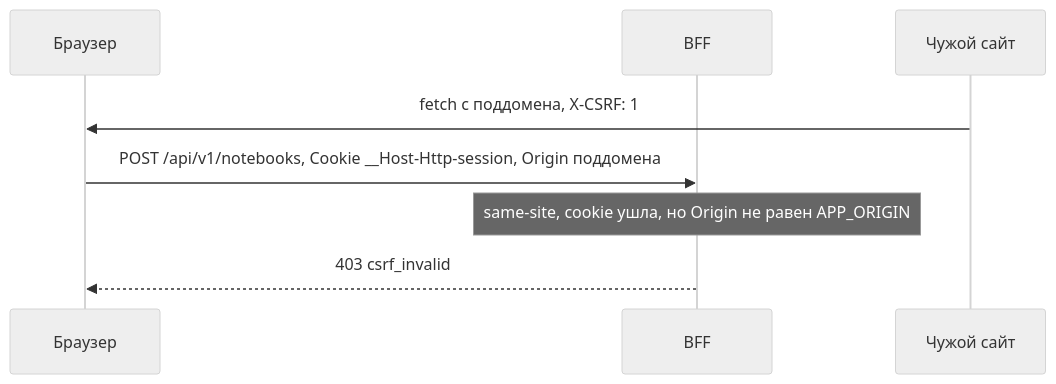
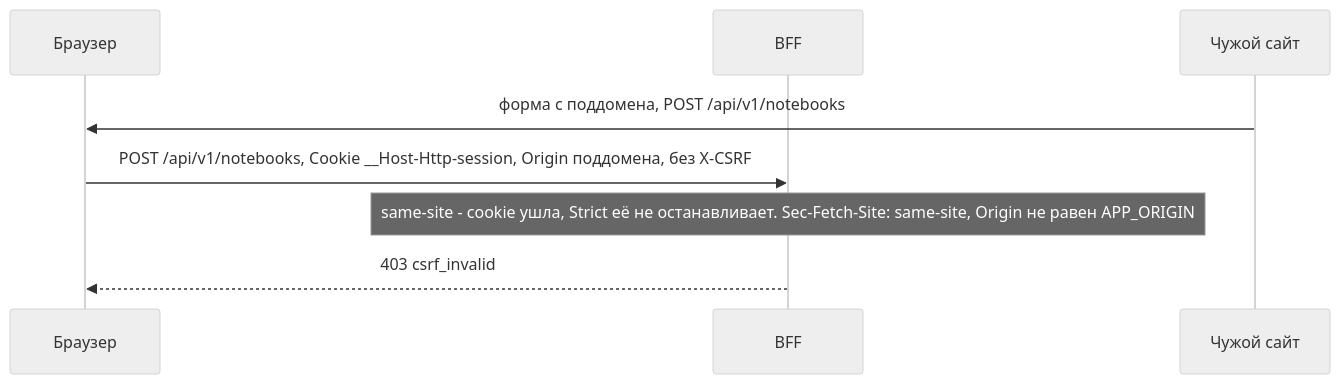
The eighth of 10 diagrams in site/bff/auth.md (Cringe-Driven-Development-Team/docs), drawn with Mermaid (neutral theme) before and after one commit. The commit also changed other lines of this file, not shown here.

Commit message:
fix(site): BFF — сценарий поддомена и порядок проверок

````diff
--- a/site/bff/auth.md
+++ b/site/bff/auth.md
@@ -274,10 +279,10 @@
 ```mermaid
 sequenceDiagram
   participant B as Браузер
   participant P as BFF
   participant E as Чужой сайт
-  E->>B: fetch с поддомена, X-CSRF: 1
-  B->>P: POST /api/v1/notebooks, Cookie __Host-Http-session, Origin поддомена
-  Note over P: same-site, cookie ушла, но Origin не равен APP_ORIGIN
+  E->>B: форма с поддомена, POST /api/v1/notebooks
+  B->>P: POST /api/v1/notebooks, Cookie __Host-Http-session, Origin поддомена, без X-CSRF
+  Note over P: same-site - cookie ушла, Strict её не останавливает. Sec-Fetch-Site: same-site, Origin не равен APP_ORIGIN
   P-->>B: 403 csrf_invalid
 ```
````
